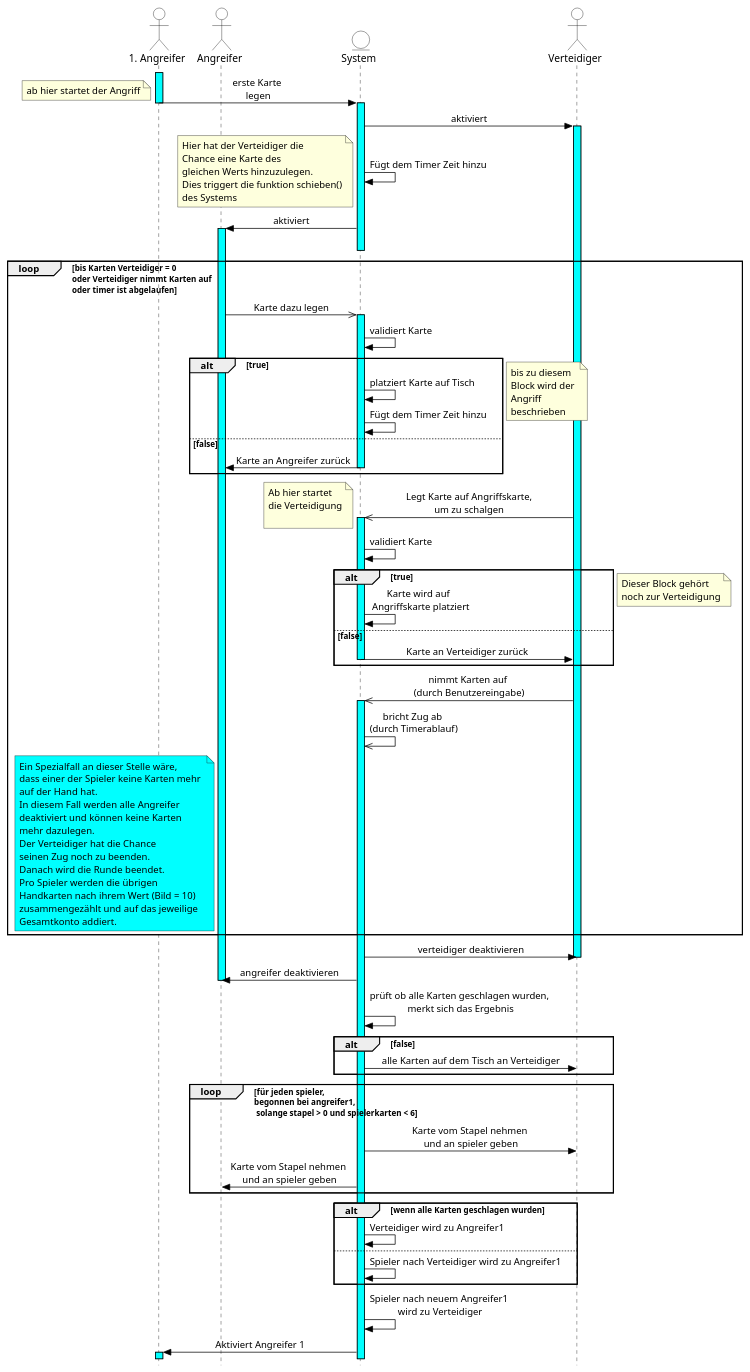
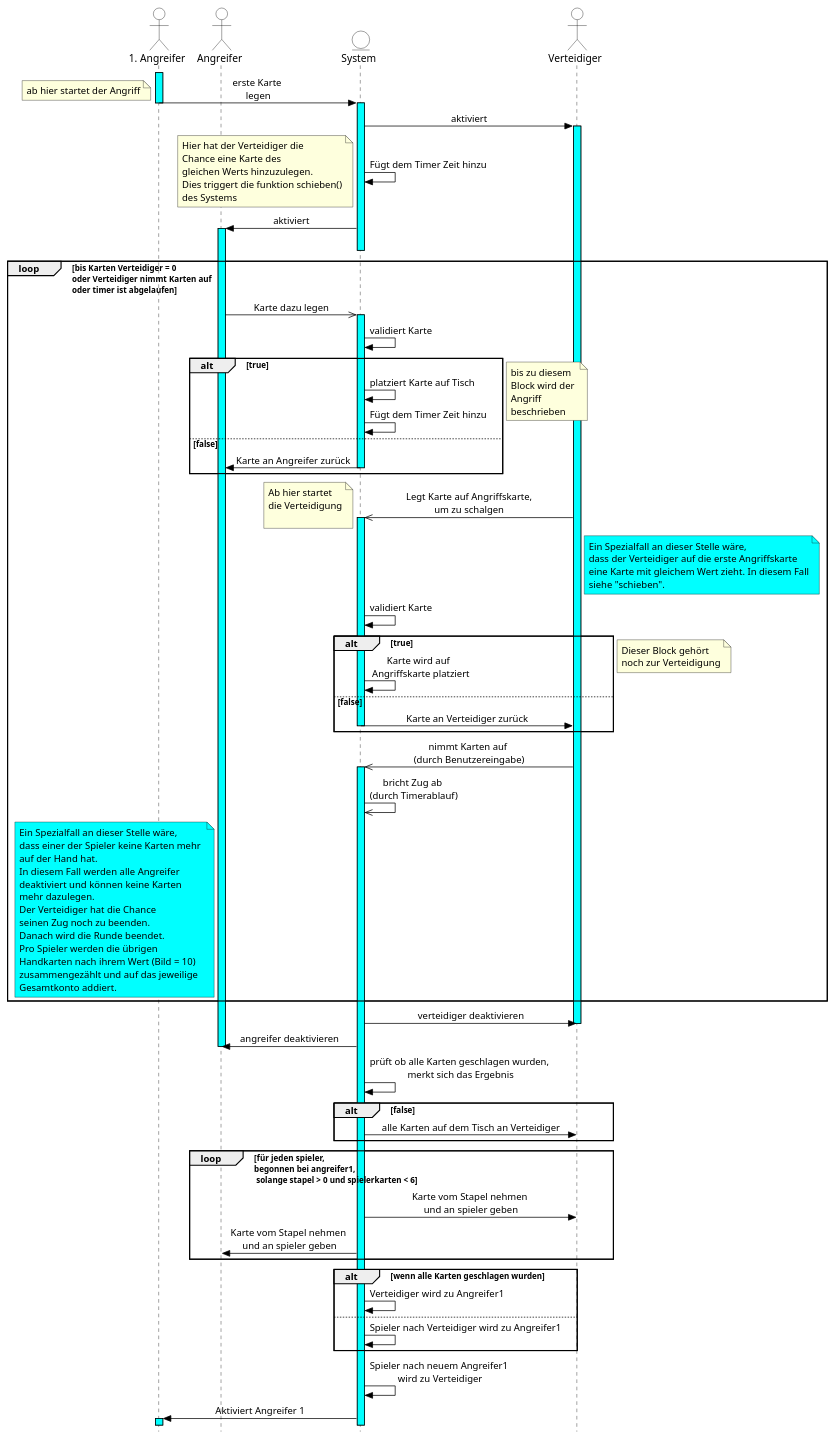
Before and after one commit to DerLurchi/Durak: the diagram in Sequenzdiagramm/Sequenzdiagramm_Zug.puml, drawn with PlantUML. The commit also changed 5 other files, not shown here.

```diff
--- a/Sequenzdiagramm/Sequenzdiagramm_Zug.puml
+++ b/Sequenzdiagramm/Sequenzdiagramm_Zug.puml
@@ -1,135 +1,137 @@
 @startuml Durak Zug
 
 skinparam {
     Style strictuml
 
     ArrowColor black
     ActorBorderColor black
     ActorBackgroundColor white
     ActorFontColor black
 
     EntityBackgroundColor lawnGreen
     EntityBackgroundColor white
     EntityBorderColor black
 
     SequenceMessageAlignment center 
 }
 
 skinparam sequence {
     LifeLineBorderColor black
     LifeLineBackgroundColor #aqua
 }
 
 skinparam Shadowing false
 
 '-----------------------------------------------------
 
 actor "1. Angreifer" as a1
 actor "Angreifer" as a
 entity System as sys
 actor Verteidiger as v
 
 '-----------------------------------------------------
 activate a1
 a1 -> sys --++: erste Karte \nlegen
 note left: ab hier startet der Angriff
 
-
 sys -> v ++ : aktiviert
 sys -> sys : Fügt dem Timer Zeit hinzu
 note left  
 Hier hat der Verteidiger die 
 Chance eine Karte des 
 gleichen Werts hinzuzulegen.
 Dies triggert die funktion schieben()
 des Systems
 end note
 sys -> a ++-- : aktiviert
-
 
 loop bis Karten Verteidiger = 0 \noder Verteidiger nimmt Karten auf \noder timer ist abgelaufen
     
     a ->> sys ++: Karte dazu legen
 
     sys -> sys : validiert Karte
 
     alt true
 
         sys -> sys : platziert Karte auf Tisch
         sys -> sys : Fügt dem Timer Zeit hinzu
 
     else false
 
         sys -> a --: Karte an Angreifer zurück
 
     end
     note left: bis zu diesem \nBlock wird der \nAngriff \nbeschrieben
 
     v ->> sys ++ : Legt Karte auf Angriffskarte,\num zu schalgen
     note left: Ab hier startet \ndie Verteidigung\n
+    note right of v #aqua
+    Ein Spezialfall an dieser Stelle wäre,
+    dass der Verteidiger auf die erste Angriffskarte 
+    eine Karte mit gleichem Wert zieht. In diesem Fall
+    siehe "schieben".
+    end note
 
     sys -> sys : validiert Karte
 
     alt true
 
         sys -> sys : Karte wird auf \n Angriffskarte platziert
 
     else false
 
         sys -> v -- : Karte an Verteidiger zurück
 
     end
     note left: Dieser Block gehört \nnoch zur Verteidigung
 
     v ->> sys ++ : nimmt Karten auf \n(durch Benutzereingabe)
     sys ->> sys: bricht Zug ab \n(durch Timerablauf)
     note left of a #aqua
     Ein Spezialfall an dieser Stelle wäre,
     dass einer der Spieler keine Karten mehr 
     auf der Hand hat.
     In diesem Fall werden alle Angreifer 
     deaktiviert und können keine Karten 
     mehr dazulegen.
     Der Verteidiger hat die Chance 
     seinen Zug noch zu beenden.
     Danach wird die Runde beendet.
     Pro Spieler werden die übrigen 
     Handkarten nach ihrem Wert (Bild = 10) 
     zusammengezählt und auf das jeweilige 
     Gesamtkonto addiert.
     end note
 
 end
 
-
 sys -> v : verteidiger deaktivieren
 deactivate v
 sys -> a : angreifer deaktivieren
 deactivate a
 
 sys -> sys : prüft ob alle Karten geschlagen wurden, \nmerkt sich das Ergebnis
 
 alt false
 
     sys -> v : alle Karten auf dem Tisch an Verteidiger
 
 end
 
 loop für jeden spieler, \nbegonnen bei angreifer1, \n solange stapel > 0 und spielerkarten < 6
     sys -> v : Karte vom Stapel nehmen \nund an spieler geben
     sys -> a : Karte vom Stapel nehmen \nund an spieler geben
 end
 
 alt wenn alle Karten geschlagen wurden
     sys -> sys : Verteidiger wird zu Angreifer1
 
 else
     sys -> sys : Spieler nach Verteidiger wird zu Angreifer1
 end
 
 sys -> sys : Spieler nach neuem Angreifer1 \nwird zu Verteidiger
 
 sys -> a1 ++ : Aktiviert Angreifer 1
 
-
 @enduml
```
